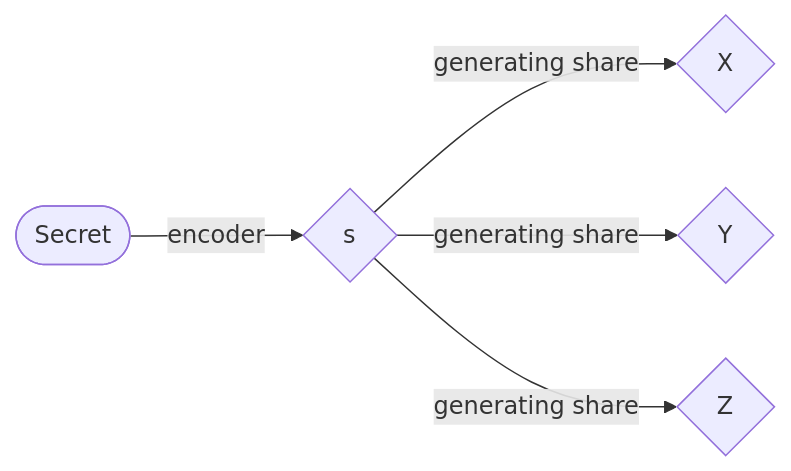
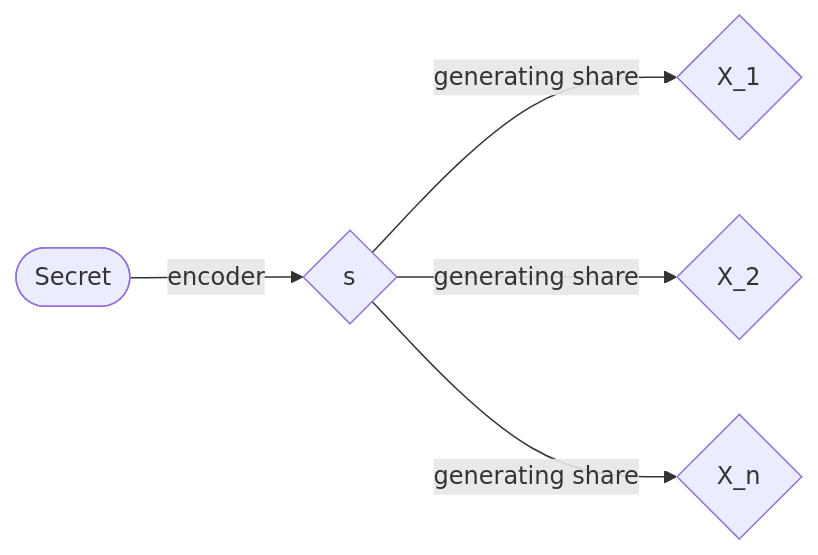
One commit to h28a3/Secret-Sharing changed the diagram in README.md. Above: the diagram before and after it, drawn with Mermaid.

````diff
--- a/README.md
+++ b/README.md
@@ -13,7 +13,7 @@
 ```mermaid
 graph LR
   Start([Secret])-->|encoder|A{s}
-  A-->|generating share|B{X}
-  A-->|generating share|C{Y}
-  A-->|generating share|D{Z}
+  A-->|generating share|B{X_1}
+  A-->|generating share|C{X_2}
+  A-->|generating share|D{X_n}
 ```
````
